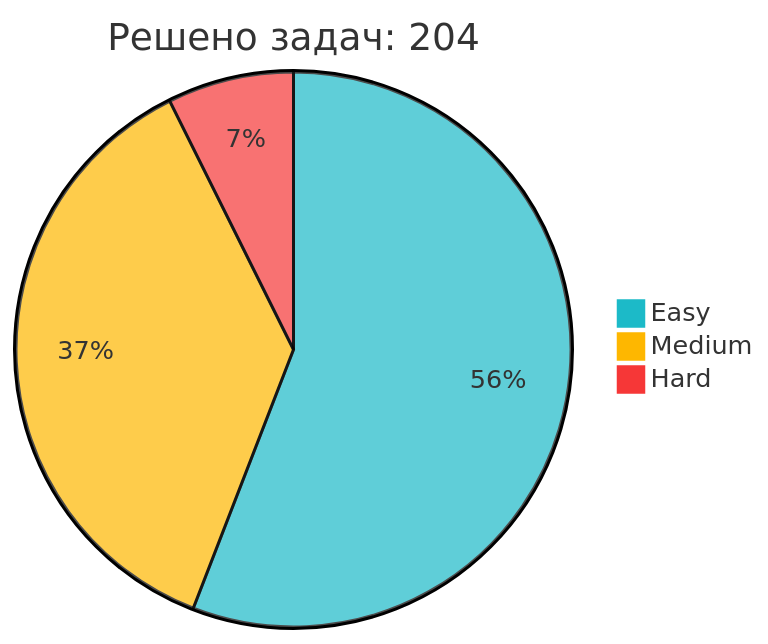
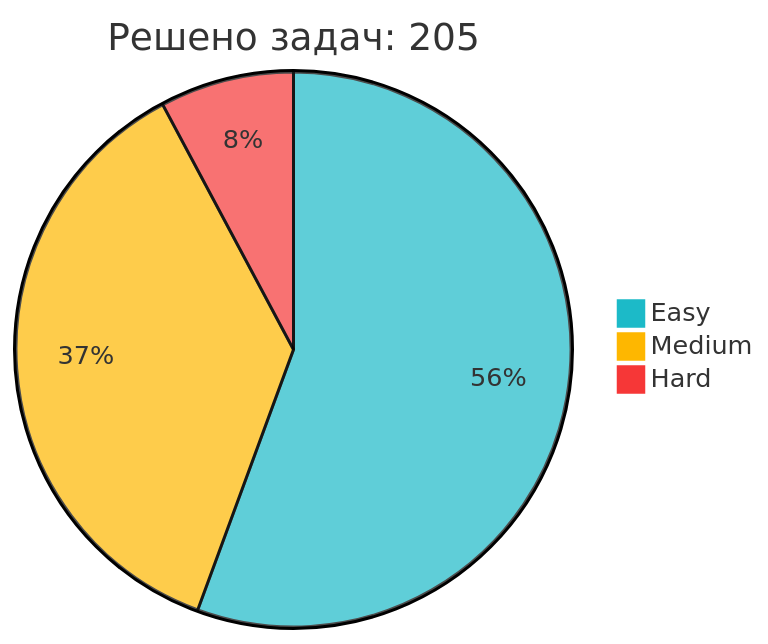
Before and after one commit to IliaKurdukov/IliaKurdukov: the diagram in README.md, drawn with Mermaid. The commit also changed other lines of this file, not shown here.

Commit message:
📈 Обновление статистики LeetCode

````diff
--- a/README.md
+++ b/README.md
@@ -51,7 +51,7 @@
 ```mermaid
 %%{init: {'theme': 'base', 'themeVariables': { 'pie1': '#1CBAC8', 'pie2': '#FEB700', 'pie3': '#F63737' }, 'config': {'width': 300, 'height': 200}}}%%
-pie title Решено задач: 204
+pie title Решено задач: 205
    "Easy" : 114
    "Medium" : 75
-   "Hard" : 15
+   "Hard" : 16
 ```
````
